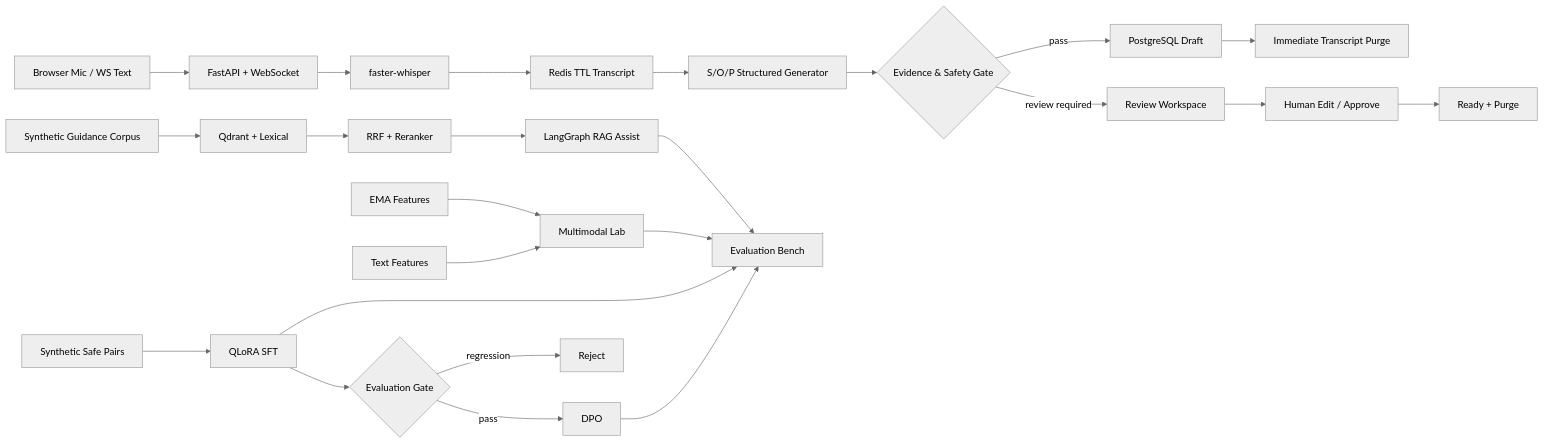
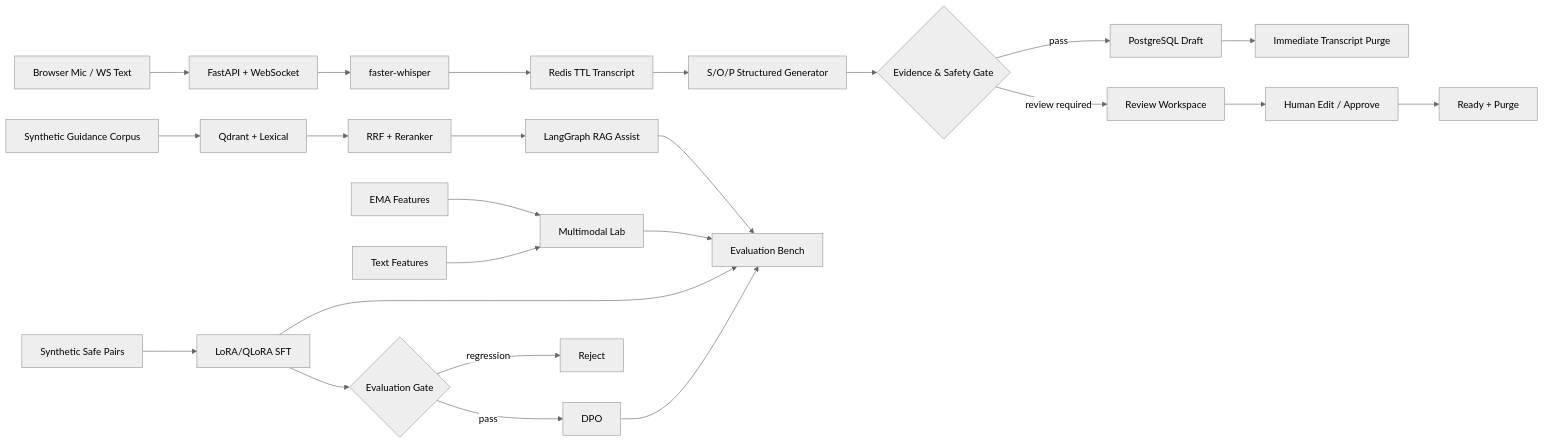
The diagram in README.md (sokldjs554/careflow-backend), drawn with Mermaid (neutral theme) before and after one commit. The commit also changed other lines of this file, not shown here.

````diff
--- a/README.md
+++ b/README.md
@@ -61,30 +61,30 @@
 ```mermaid
 flowchart LR
     A[Browser Mic / WS Text] --> B[FastAPI + WebSocket]
     B --> C[faster-whisper]
     C --> D[Redis TTL Transcript]
     D --> E[S/O/P Structured Generator]
     E --> F{Evidence & Safety Gate}
     F -->|pass| G[PostgreSQL Draft]
     G --> H[Immediate Transcript Purge]
     F -->|review required| I[Review Workspace]
     I --> J[Human Edit / Approve]
     J --> K[Ready + Purge]
 
     L[Synthetic Guidance Corpus] --> M[Qdrant + Lexical]
     M --> N[RRF + Reranker]
     N --> O[LangGraph RAG Assist]
 
     P[EMA Features] --> Q[Multimodal Lab]
     R[Text Features] --> Q
 
-    S[Synthetic Safe Pairs] --> T[QLoRA SFT]
+    S[Synthetic Safe Pairs] --> T[LoRA/QLoRA SFT]
     T --> U{Evaluation Gate}
     U -->|pass| V[DPO]
     U -->|regression| W[Reject]
 
     O --> X[Evaluation Bench]
     Q --> X
     T --> X
     V --> X
 ```
````
